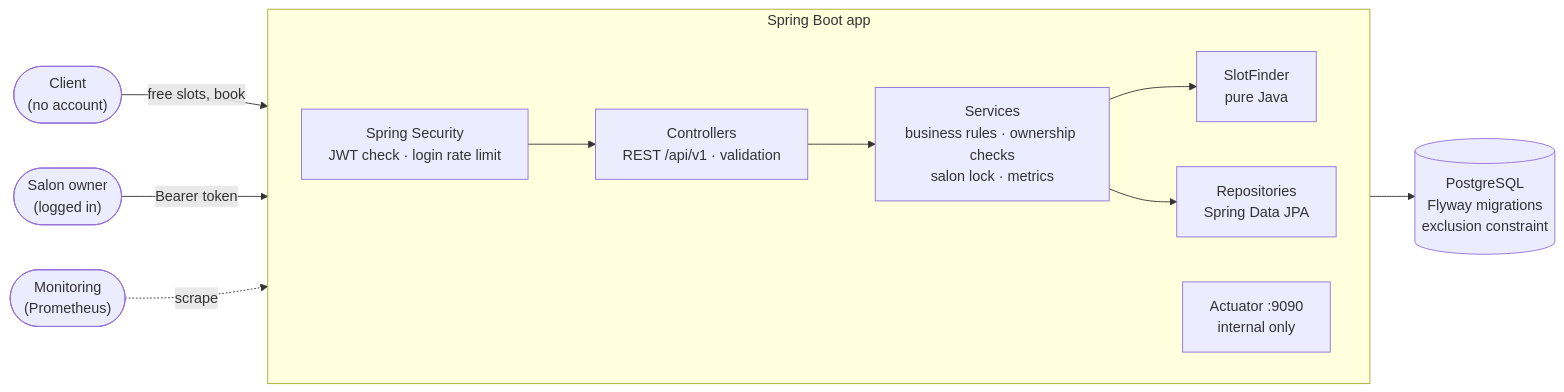
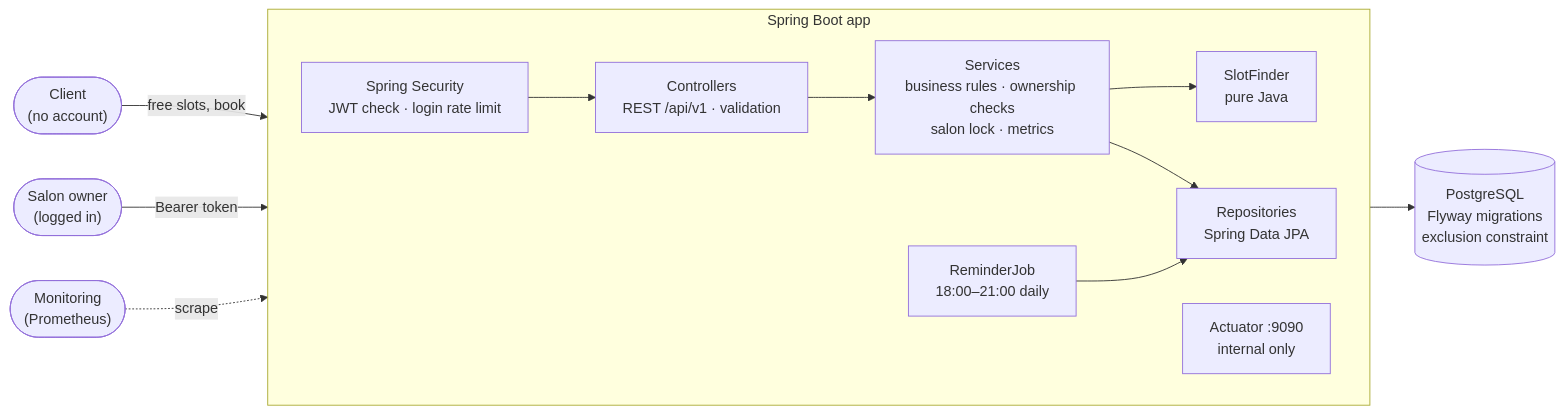
One commit to afunemma/salon-booking-api changed the first of 4 diagrams in README.md. Above: the diagram before and after it, drawn with Mermaid. The commit also changed other lines of this file and 21 other files, not shown here.

````diff
--- a/README.md
+++ b/README.md
@@ -52,25 +52,27 @@
 ```mermaid
 flowchart LR
     client(["Client<br/>(no account)"])
     owner(["Salon owner<br/>(logged in)"])
     monitoring(["Monitoring<br/>(Prometheus)"])
 
     subgraph app["Spring Boot app"]
         direction LR
         security["Spring Security<br/>JWT check · login rate limit"]
         controllers["Controllers<br/>REST /api/v1 · validation"]
         services["Services<br/>business rules · ownership checks<br/>salon lock · metrics"]
         scheduling["SlotFinder<br/>pure Java"]
+        reminders["ReminderJob<br/>18:00–21:00 daily"]
         repositories["Repositories<br/>Spring Data JPA"]
         actuator["Actuator :9090<br/>internal only"]
     end
 
     db[("PostgreSQL<br/>Flyway migrations<br/>exclusion constraint")]
 
     client -- "free slots, book" --> security
     owner -- "Bearer token" --> security
     security --> controllers --> services
     services --> scheduling
     services --> repositories --> db
+    reminders --> repositories
     monitoring -. scrape .-> actuator
 ```
````
